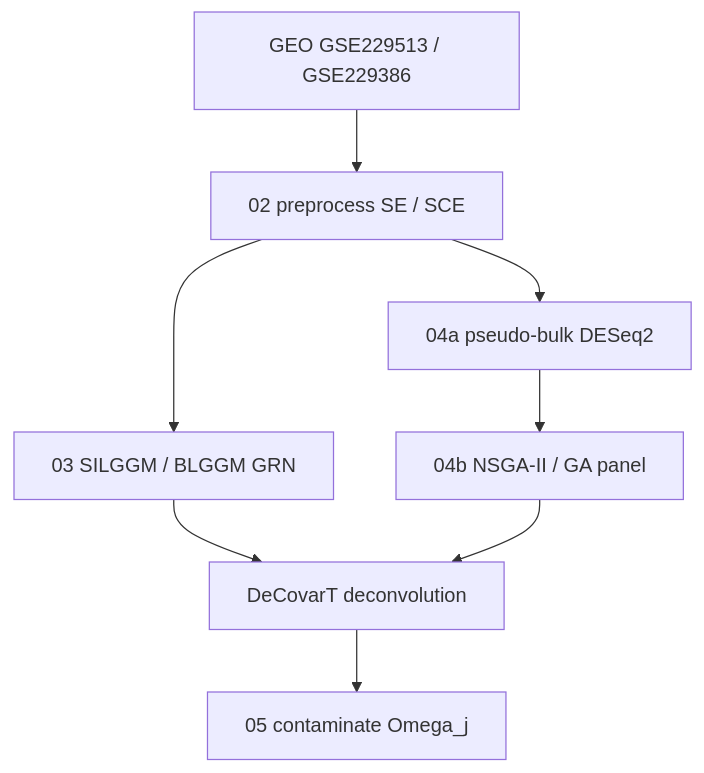
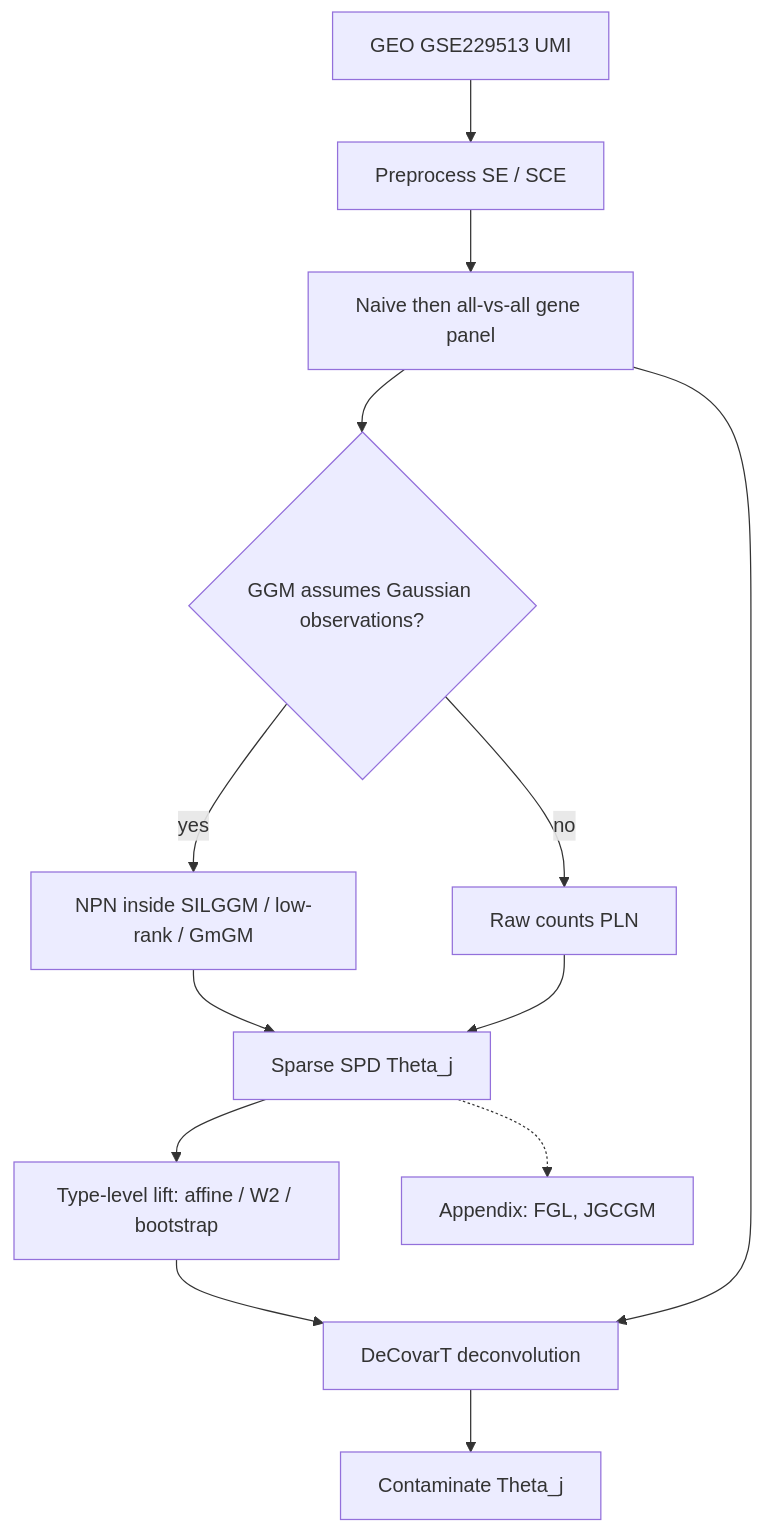
Before and after one commit to bastienchassagnol/DeCovarT_reproducibility: the diagram in docs/index.qmd, drawn with Mermaid. The commit also changed other lines of this file and 13 other files, not shown here.

Commit message:
Update renv.lock and bibliography: add new packages MASS, Matrix, MixSim, PLNmodels, and sctransform; enhance Quarto book structure by reordering chapters and adding new content on population alignment and GRN metrics.

````diff
--- a/docs/index.qmd
+++ b/docs/index.qmd
@@ -16,13 +23,18 @@
 ```{mermaid}
 %%| label: fig-pipeline
-%%| fig-cap: "Planned pipeline: GEO gastruloids, GRN per cell type, feature panels, DeCovarT, then precision-matrix contamination."
+%%| fig-cap: "Planned pipeline: GEO gastruloids, method-conditional observation model, core GGMs, type-level alignment, feature panels, DeCovarT, then precision-matrix contamination. Fused and copula-joint graphs stay in the GRN appendix."
 %%{init: {"theme": "sandstone"}}%%
 flowchart TD
-  A["GEO GSE229513 / GSE229386"] --> B["02 preprocess SE / SCE"]
-  B --> C["03 SILGGM / BLGGM GRN"]
-  B --> D["04a pseudo-bulk DESeq2"]
-  D --> E["04b NSGA-II / GA panel"]
-  C --> F["DeCovarT deconvolution"]
-  E --> F
-  F --> G["05 contaminate Omega_j"]
+  A["GEO GSE229513 UMI"] --> B["Preprocess SE / SCE"]
+  B --> C["Naive then all-vs-all gene panel"]
+  C --> D{"GGM assumes Gaussian observations?"}
+  D -->|yes| E["NPN inside SILGGM / low-rank / GmGM"]
+  D -->|no| F["Raw counts PLN"]
+  E --> G["Sparse SPD Theta_j"]
+  F --> G
+  G --> H["Type-level lift: affine / W2 / bootstrap"]
+  H --> I["DeCovarT deconvolution"]
+  C --> I
+  I --> J["Contaminate Theta_j"]
+  G -.-> K["Appendix: FGL, JGCGM"]
 ```
````
